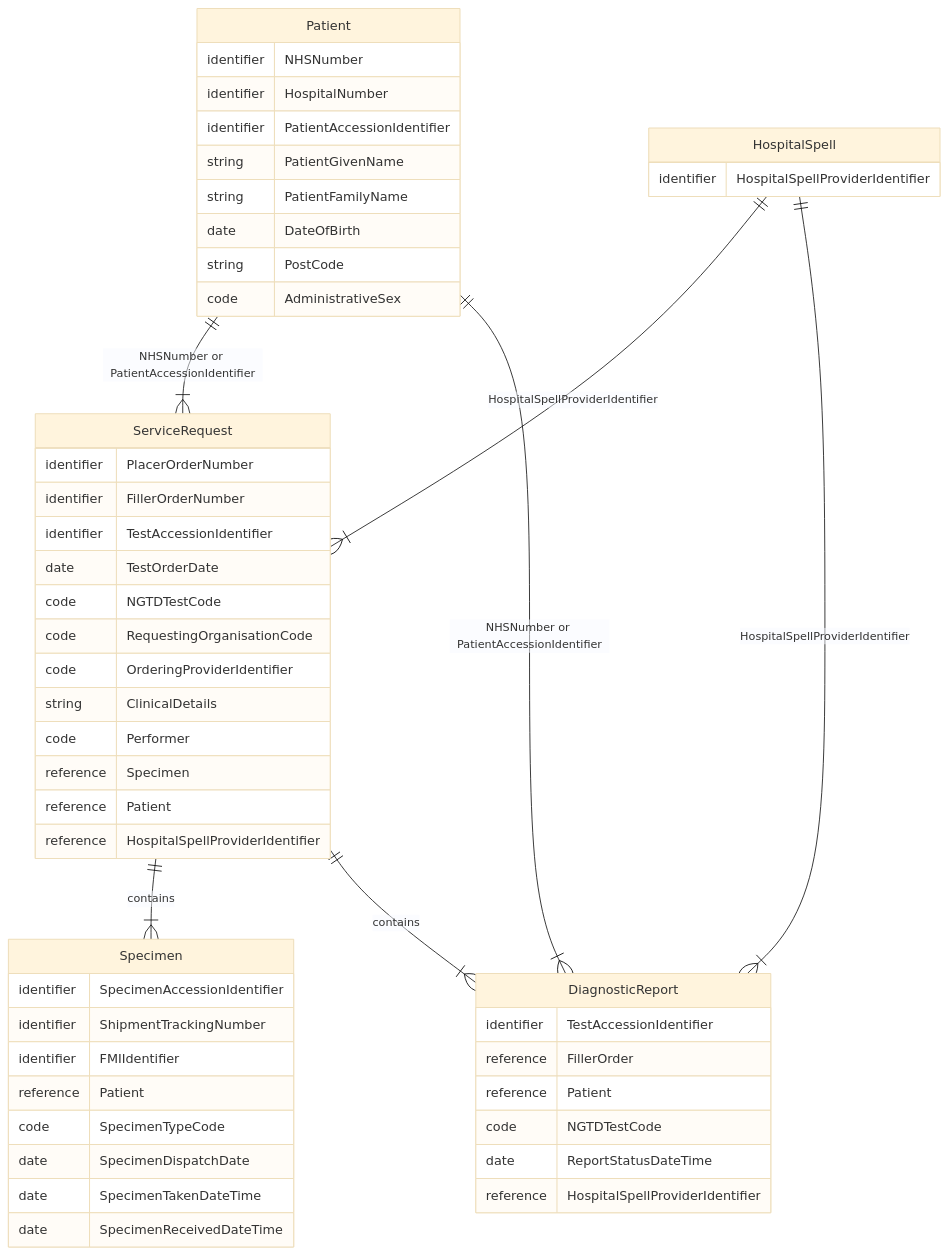
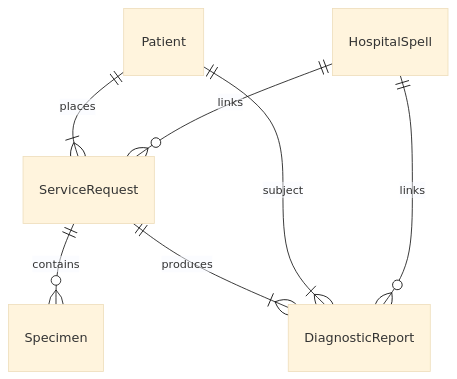
The first of 2 diagrams in input/pagecontent/diagnostic-core.md (nw-gmsa/nw-gmsa.github.com), drawn with Mermaid (base theme) before and after one commit. The commit also changed other lines of this file and 5 other files, not shown here.

````diff
--- a/input/pagecontent/diagnostic-core.md
+++ b/input/pagecontent/diagnostic-core.md
@@ -20,62 +20,9 @@
 ```mermaid
 erDiagram
-
-    ServiceRequest ||--|{ Specimen : contains
-    Patient ||--|{ ServiceRequest : "NHSNumber or PatientAccessionIdentifier"
-
-    Patient ||--|{ DiagnosticReport : "NHSNumber or PatientAccessionIdentifier"
-    ServiceRequest ||--|{ DiagnosticReport : contains
-    HospitalSpell ||--|{ ServiceRequest : "HospitalSpellProviderIdentifier"
-
-    HospitalSpell ||--|{ DiagnosticReport : "HospitalSpellProviderIdentifier"
-
-    ServiceRequest {
-        identifier PlacerOrderNumber
-        identifier FillerOrderNumber
-        identifier TestAccessionIdentifier
-        date TestOrderDate
-        code NGTDTestCode
-        code RequestingOrganisationCode
-        code OrderingProviderIdentifier
-        string ClinicalDetails
-        code Performer
-        reference Specimen
-        reference Patient
-        reference HospitalSpellProviderIdentifier
-    }
-
-
-    Patient {
-        identifier NHSNumber
-        identifier HospitalNumber
-        identifier PatientAccessionIdentifier
-        string PatientGivenName
-        string PatientFamilyName
-        date DateOfBirth
-        string PostCode
-        code AdministrativeSex
-    }
-
-    Specimen {
-        identifier SpecimenAccessionIdentifier
-        identifier ShipmentTrackingNumber
-        identifier FMIIdentifier
-        reference Patient
-        code SpecimenTypeCode
-        date SpecimenDispatchDate
-        date SpecimenTakenDateTime
-        date SpecimenReceivedDateTime
-    }
-
-    DiagnosticReport {
-        identifier TestAccessionIdentifier
-        reference FillerOrder
-        reference Patient
-        code NGTDTestCode
-        date ReportStatusDateTime
-        reference HospitalSpellProviderIdentifier
-    }
-    HospitalSpell {
-        identifier HospitalSpellProviderIdentifier
-    }
+    Patient ||--|{ ServiceRequest : places
+    HospitalSpell ||--o{ ServiceRequest : links
+    ServiceRequest ||--o{ Specimen : contains
+    ServiceRequest ||--|{ DiagnosticReport : produces
+    Patient ||--|{ DiagnosticReport : subject
+    HospitalSpell ||--o{ DiagnosticReport : links
 ```
````
